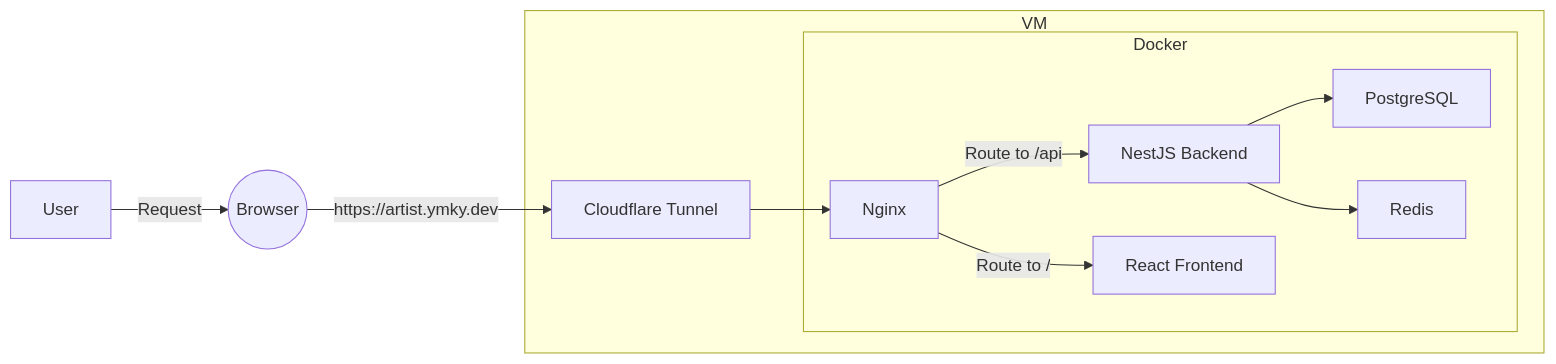
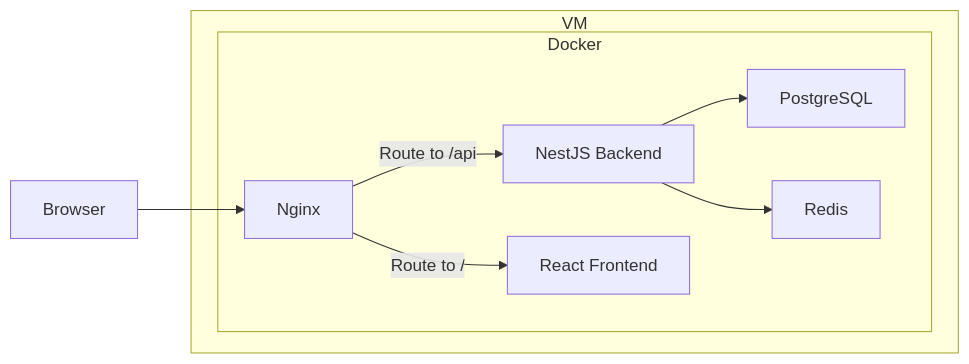
Before and after one commit to ih14c-13-14/infra: the diagram in integrate/README.md, drawn with Mermaid. The commit also changed other lines of this file and 1 other file, not shown here.

````diff
--- a/integrate/README.md
+++ b/integrate/README.md
@@ -15,19 +39,16 @@
 ```mermaid
 graph LR
 
-A[User] -->|Request| B((Browser))
-B -->|https://artist.ymky.dev| C[Cloudflare Tunnel]
+A[Browser] --> D[Nginx]
 
 subgraph VM[VM]
-    C --> D[Nginx]
-
     subgraph Docker[Docker]
         D -->|Route to /api| E[NestJS Backend]
         D -->|Route to /| F[React Frontend]
 
         E --> G[PostgreSQL]
         E --> H[Redis]
     end
 end
 
 ```
````
